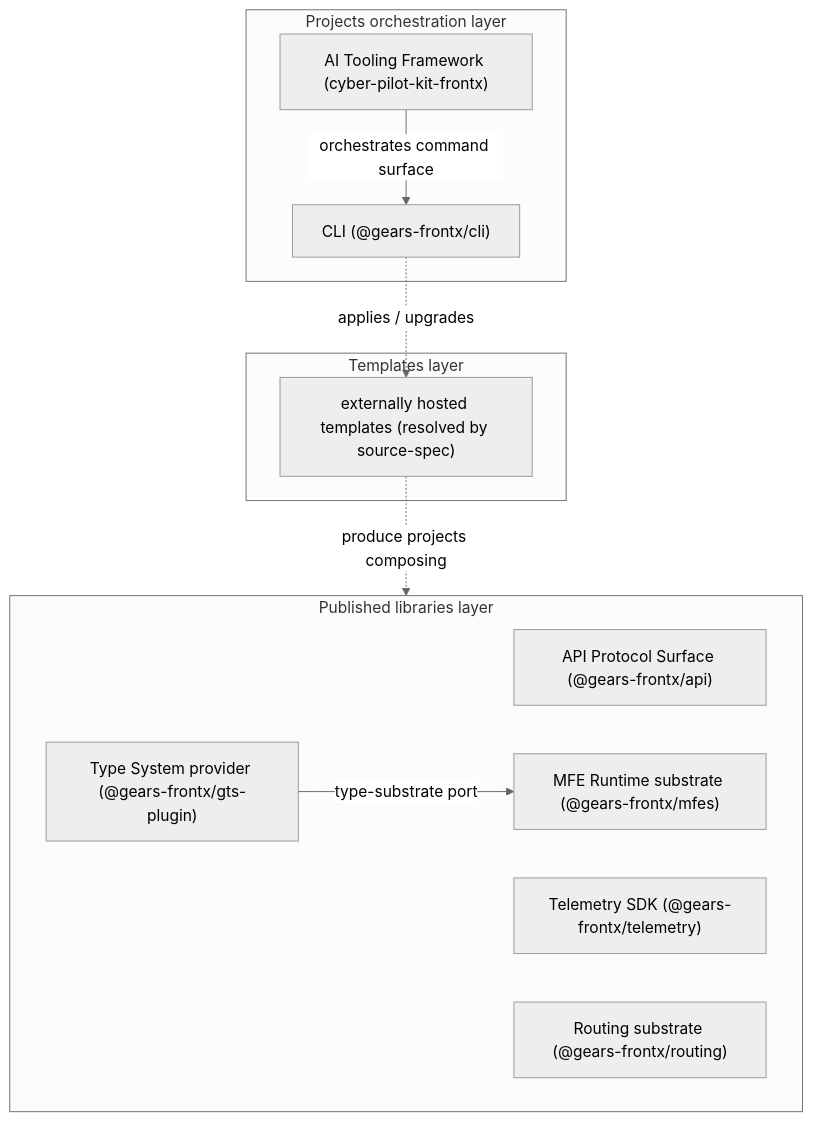
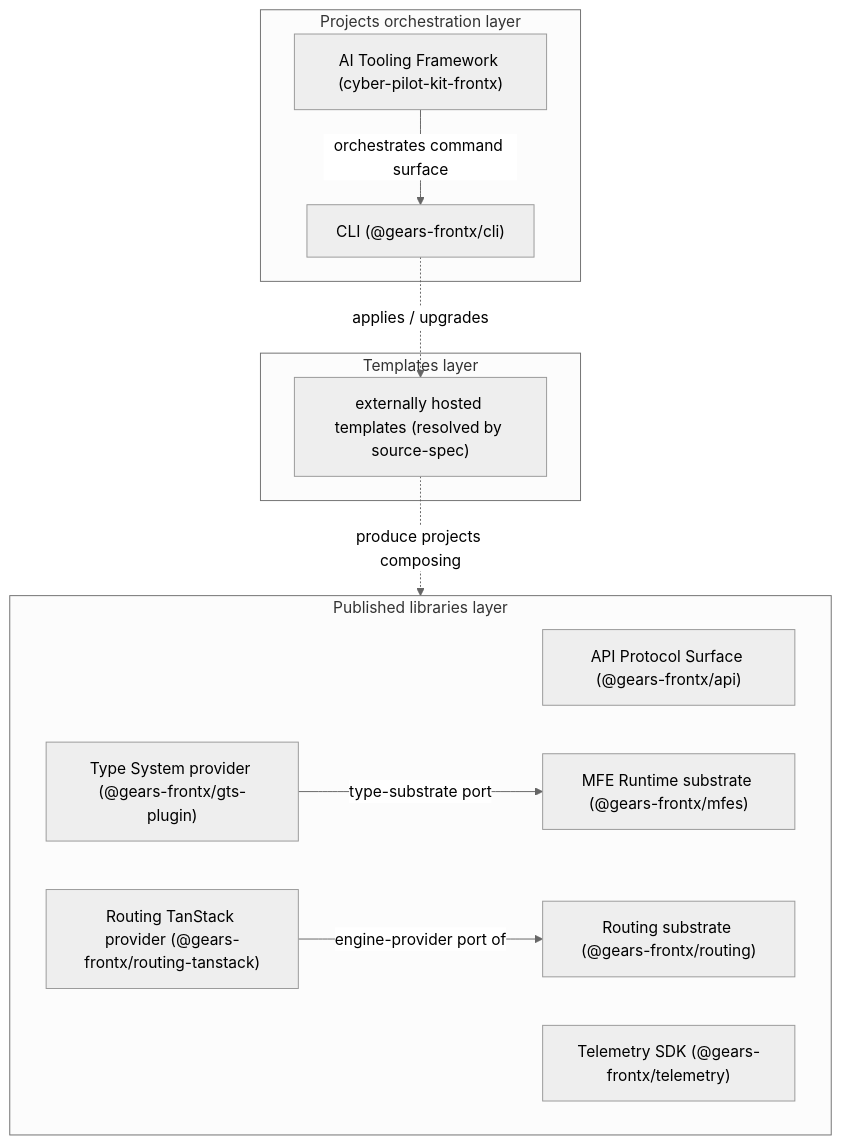
The first of 3 diagrams in architecture/DESIGN.md (GeraBart/gears-frontx), drawn with Mermaid (neutral theme) before and after one commit. The commit also changed other lines of this file and 10 other files, not shown here.

````diff
--- a/architecture/DESIGN.md
+++ b/architecture/DESIGN.md
@@ -145,21 +145,23 @@
 ```mermaid
 graph TD
     subgraph Orch[Projects orchestration layer]
         KIT["AI Tooling Framework (cyber-pilot-kit-frontx)"]
         CLI["CLI (@gears-frontx/cli)"]
     end
     subgraph Libs[Published libraries layer]
         API["API Protocol Surface (@gears-frontx/api)"]
         GTS["Type System provider (@gears-frontx/gts-plugin)"]
         MFES["MFE Runtime substrate (@gears-frontx/mfes)"]
         TEL["Telemetry SDK (@gears-frontx/telemetry)"]
         ROUTING["Routing substrate (@gears-frontx/routing)"]
+        ROUTINGTS["Routing TanStack provider (@gears-frontx/routing-tanstack)"]
     end
     subgraph Tmpl[Templates layer]
         T["externally hosted templates (resolved by source-spec)"]
     end
     KIT -- "orchestrates command surface" --> CLI
     GTS -- "type-substrate port" --> MFES
+    ROUTINGTS -- "engine-provider port of" --> ROUTING
     CLI -. "applies / upgrades" .-> T
     T -. "produce projects composing" .-> Libs
 ```
````
